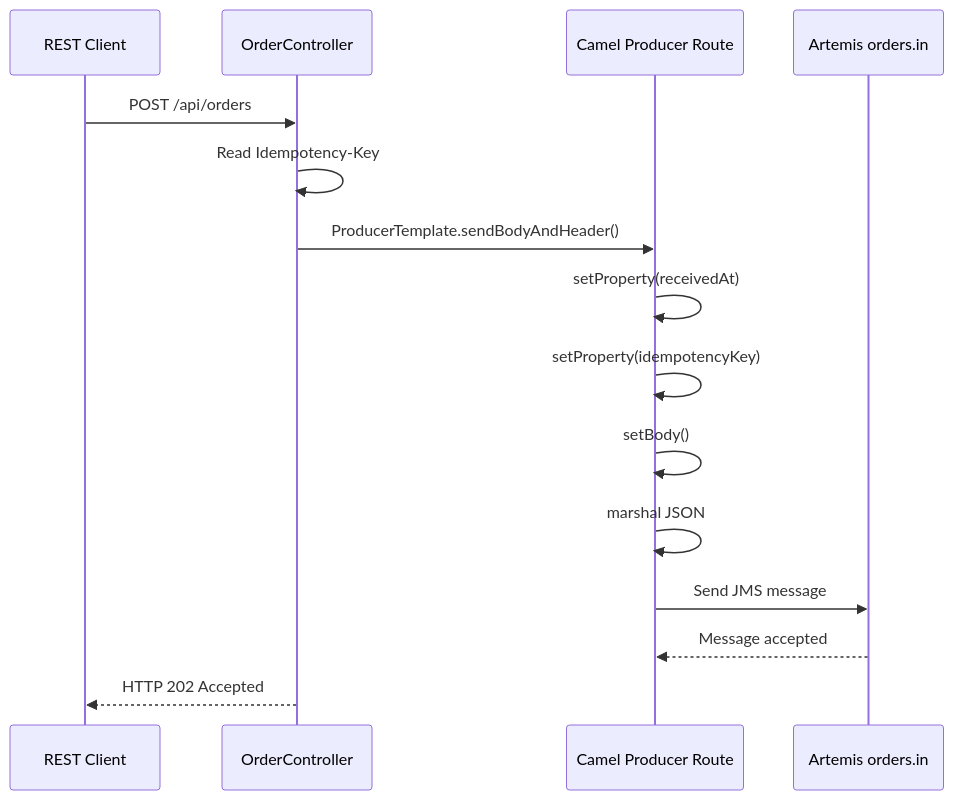
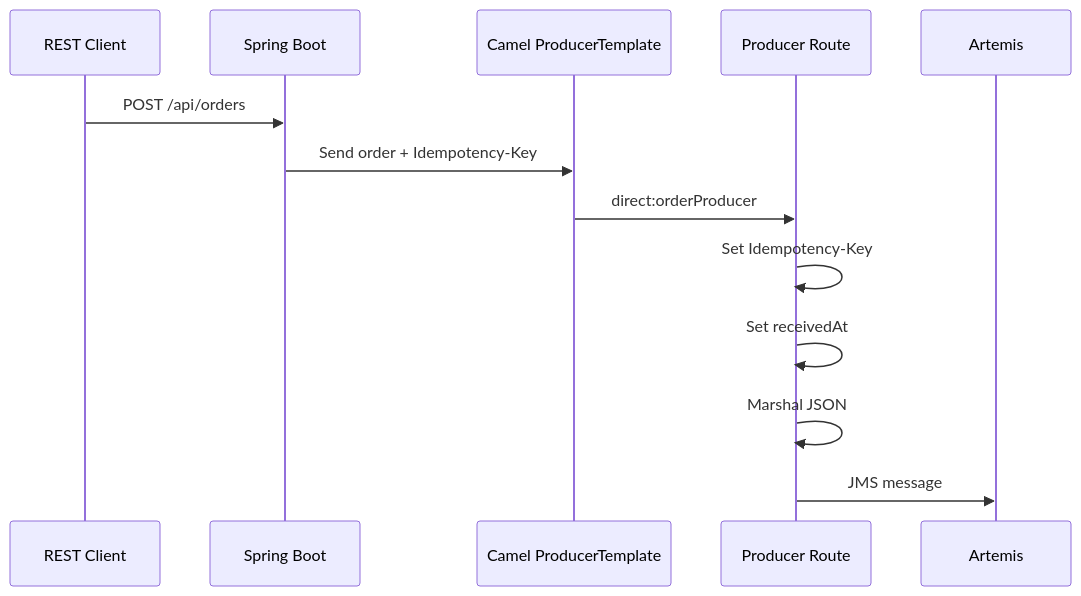
The second of 9 diagrams in README.md (kaushleshtripathi/spring-boot-camel-artemis-xml-dsl-postgresql), drawn with Mermaid before and after one commit. The commit also changed other lines of this file and 1 other file, not shown here.

````diff
--- a/README.md
+++ b/README.md
@@ -162,23 +161,16 @@
 ```mermaid
 sequenceDiagram
+    participant C as REST Client
+    participant S as Spring Boot
+    participant CT as Camel ProducerTemplate
+    participant R as Producer Route
+    participant A as Artemis
 
-    participant Client as REST Client
-    participant Controller as OrderController
-    participant Camel as Camel Producer Route
-    participant Artemis as Artemis orders.in
-
-    Client->>Controller: POST /api/orders
-    Controller->>Controller: Read Idempotency-Key
-
-    Controller->>Camel: ProducerTemplate.sendBodyAndHeader()
-
-    Camel->>Camel: setProperty(receivedAt)
-    Camel->>Camel: setProperty(idempotencyKey)
-    Camel->>Camel: setBody()
-    Camel->>Camel: marshal JSON
-
-    Camel->>Artemis: Send JMS message
-    Artemis-->>Camel: Message accepted
-
-    Controller-->>Client: HTTP 202 Accepted
+    C->>S: POST /api/orders
+    S->>CT: Send order + Idempotency-Key
+    CT->>R: direct:orderProducer
+    R->>R: Set Idempotency-Key
+    R->>R: Set receivedAt
+    R->>R: Marshal JSON
+    R->>A: JMS message
 ```
````
